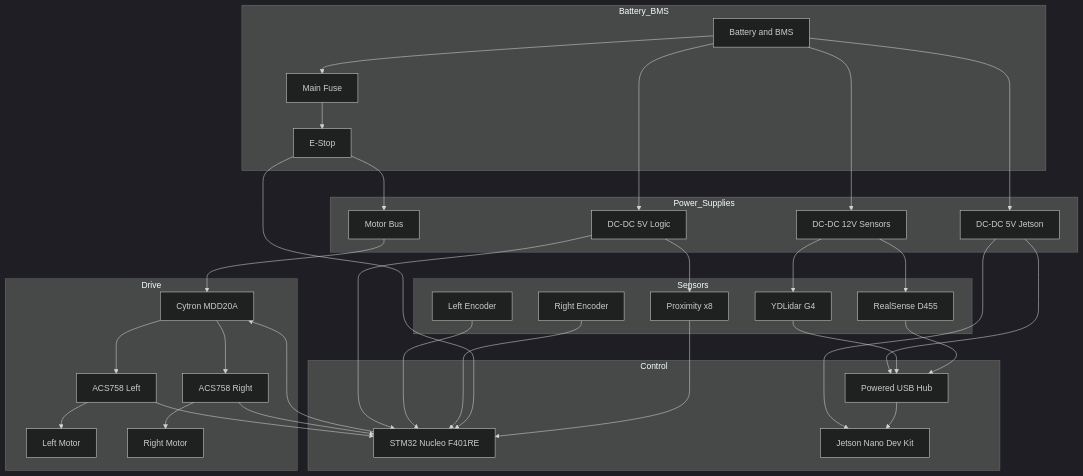
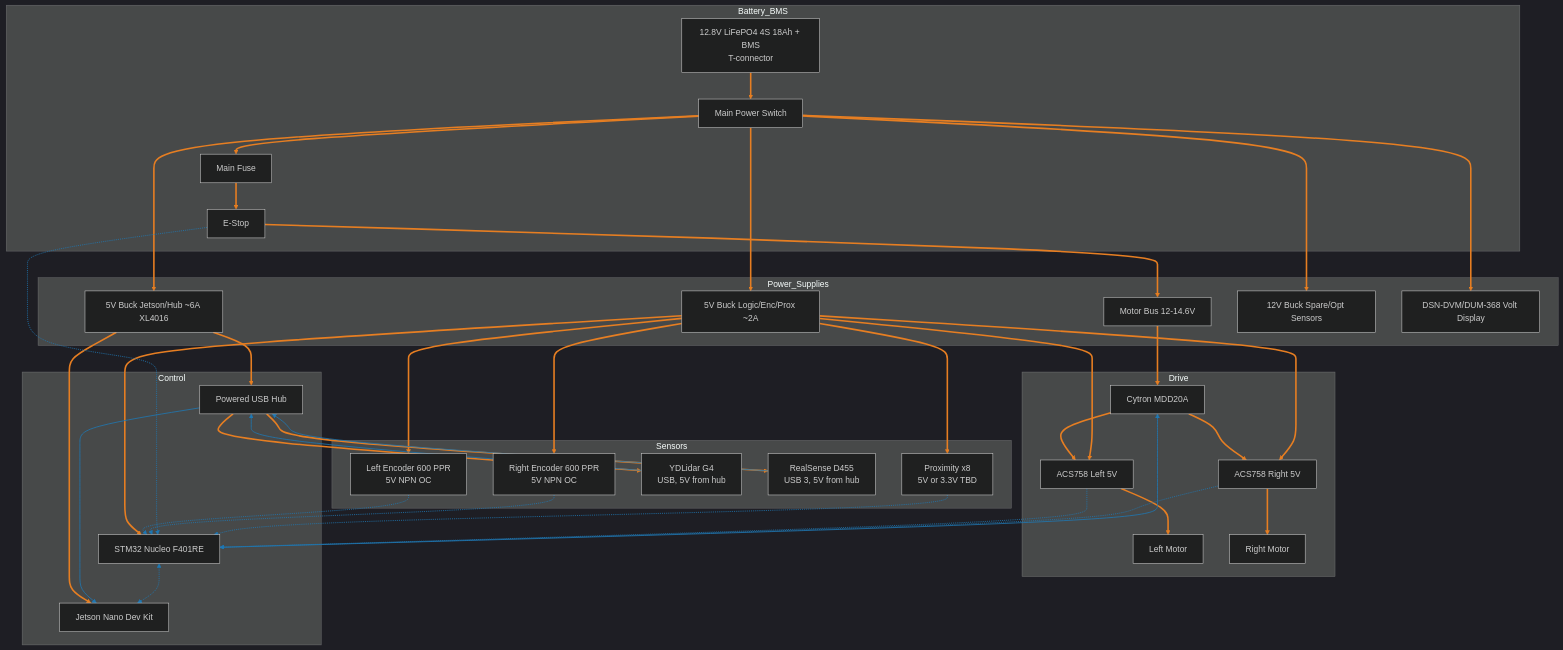
The diagram in docs/hardware_block_diagram.md (KartikMehta-1/AMR-development), drawn with Mermaid (dark theme) before and after one commit. The commit also changed other lines of this file and 9 other files, not shown here.

Commit message:
updated docs with volt meter display

````diff
--- a/docs/hardware_block_diagram.md
+++ b/docs/hardware_block_diagram.md
@@ -4,30 +4,33 @@
 graph TD
   %% Battery and protections
   subgraph Battery_BMS
-    BATT[Battery and BMS]
+    BATT[12.8V LiFePO4 4S 18Ah + BMS<br/>T-connector]
+    MSW[Main Power Switch]
     FUSE[Main Fuse]
     ESTOP[E-Stop]
-    BATT --> FUSE
+    BATT --> MSW
+    MSW --> FUSE
     FUSE --> ESTOP
   end
 
   %% DC-DC supplies and rails
   subgraph Power_Supplies
-    MPBUS[Motor Bus]
-    BUCK_JET[DC-DC 5V Jetson]
-    BUCK_LOGIC[DC-DC 5V Logic]
-    BUCK_12V[DC-DC 12V Sensors]
+    MPBUS[Motor Bus 12-14.6V]
+    BUCK_JET[5V Buck Jetson/Hub ~6A XL4016]
+    BUCK_LOGIC[5V Buck Logic/Enc/Prox ~2A]
+    BUCK_12V[12V Buck Spare/Opt Sensors]
     ESTOP --> MPBUS
-    BATT --> BUCK_JET
-    BATT --> BUCK_LOGIC
-    BATT --> BUCK_12V
+    MSW --> BUCK_JET
+    MSW --> BUCK_LOGIC
+    MSW --> BUCK_12V
+    MSW --> DVM[DSN-DVM/DUM-368 Volt Display]
   end
 
   %% Drive system
   subgraph Drive
     MDD[Cytron MDD20A]
-    CS_L[ACS758 Left]
-    CS_R[ACS758 Right]
+    CS_L[ACS758 Left 5V]
+    CS_R[ACS758 Right 5V]
     M_L[Left Motor]
     M_R[Right Motor]
     MPBUS --> MDD
@@ -46,33 +49,39 @@
 
   %% Sensors
   subgraph Sensors
-    ENC_L[Left Encoder]
-    ENC_R[Right Encoder]
-    LIDAR[YDLidar G4]
-    DEPTH[RealSense D455]
-    PROX[Proximity x8]
+    ENC_L[Left Encoder 600 PPR<br/>5V NPN OC]
+    ENC_R[Right Encoder 600 PPR<br/>5V NPN OC]
+    LIDAR[YDLidar G4<br/>USB, 5V from hub]
+    DEPTH[RealSense D455<br/>USB 3, 5V from hub]
+    PROX[Proximity x8<br/>5V or 3.3V TBD]
   end
 
-  %% Power distribution
+  %% Power distribution thick orange
   BUCK_JET --> JET
   BUCK_JET --> USBHUB
+  USBHUB --> LIDAR
+  USBHUB --> DEPTH
   BUCK_LOGIC --> STM
+  BUCK_LOGIC --> ENC_L
+  BUCK_LOGIC --> ENC_R
   BUCK_LOGIC --> PROX
-  BUCK_12V --> LIDAR
-  BUCK_12V --> DEPTH
+  BUCK_LOGIC --> CS_L
+  BUCK_LOGIC --> CS_R
 
-  %% Control and signals
+  %% Control and signals thinner blue
   STM --> MDD
-  ENC_L --> STM
-  ENC_R --> STM
-  CS_L --> STM
-  CS_R --> STM
-  ESTOP --> STM
-
+  ENC_L -.-> STM
+  ENC_R -.-> STM
+  CS_L -.-> STM
+  CS_R -.-> STM
+  ESTOP -.-> STM
+  PROX -.-> STM
   LIDAR --> USBHUB
   DEPTH --> USBHUB
   USBHUB --> JET
+  STM <-.-> JET
 
-  %% Proximity sensors go to STM32
-  PROX --> STM
+  %% Styles: power vs data
+  linkStyle 0,1,2,3,4,5,6,7,8,9,10,11,12,13,14,15,16,17,18,19,20,21,22 stroke:#e67e22,stroke-width:3px;
+  linkStyle 23,24,25,26,27,28,29,30,31,32,33 stroke:#1f78b4,stroke-width:1.5px;
 ```
````
